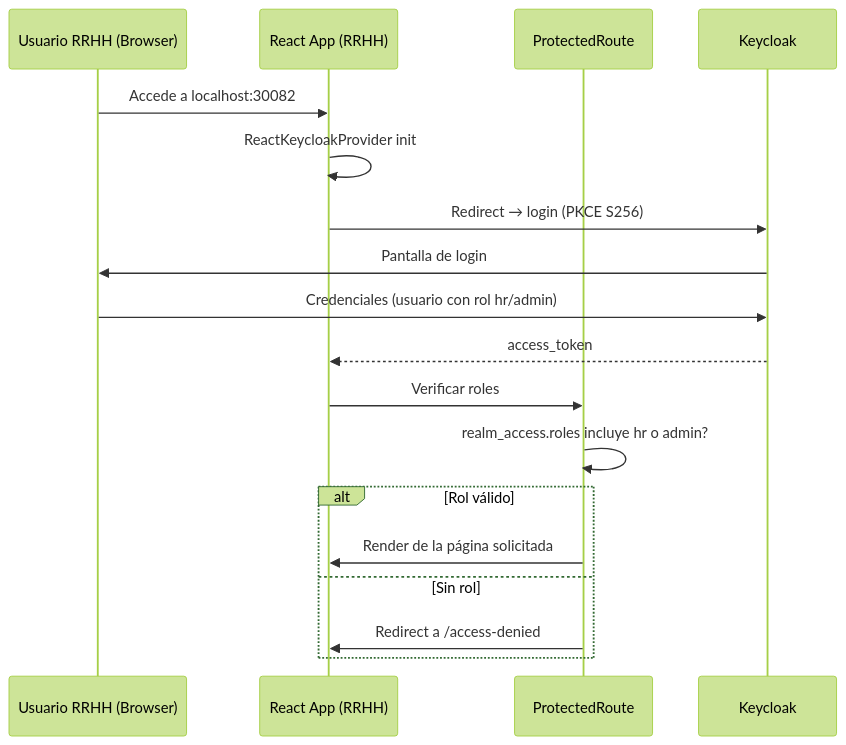
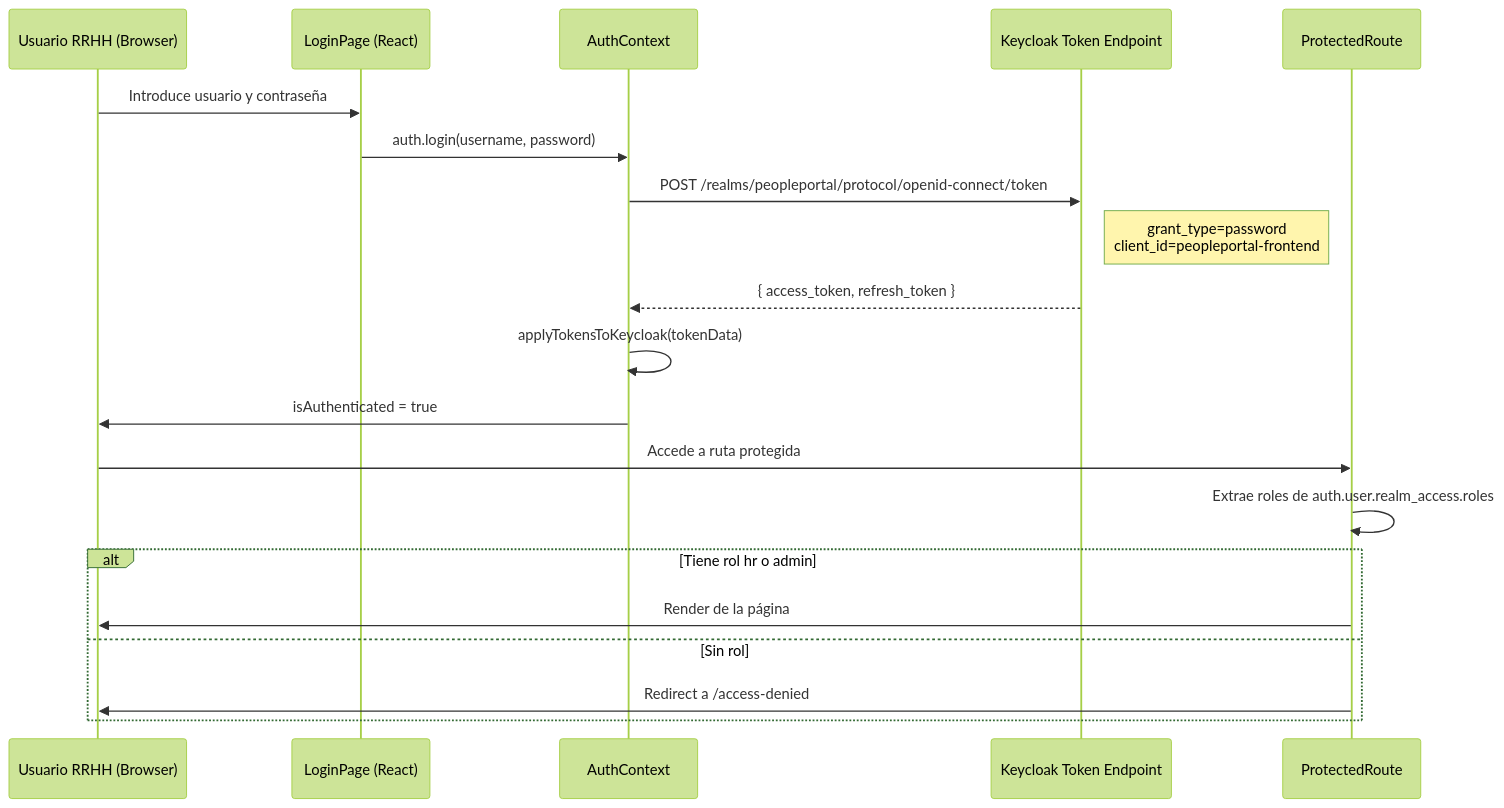
Before and after one commit to bryanjosue17/PeoplePortal-FrontEnd-RRHH: the diagram in docs/autenticacion.md, drawn with Mermaid (forest theme). The commit also changed other lines of this file and 1 other file, not shown here.

Commit message:
docs: fix merge conflict, update auth docs (PKCE→ROPC), add Nomina+Usuarios modules, GHCR deploy

````diff
--- a/docs/autenticacion.md
+++ b/docs/autenticacion.md
@@ -5,21 +7,23 @@
 ```mermaid
 sequenceDiagram
     participant U as Usuario RRHH (Browser)
-    participant App as React App (RRHH)
+    participant Login as LoginPage (React)
+    participant Auth as AuthContext
+    participant KC as Keycloak Token Endpoint
     participant PR as ProtectedRoute
-    participant KC as Keycloak
 
-    U->>App: Accede a localhost:30082
-    App->>App: ReactKeycloakProvider init
-    App->>KC: Redirect → login (PKCE S256)
-    KC->>U: Pantalla de login
-    U->>KC: Credenciales (usuario con rol hr/admin)
-    KC-->>App: access_token
-    App->>PR: Verificar roles
-    PR->>PR: realm_access.roles incluye hr o admin?
-    alt Rol válido
-        PR->>App: Render de la página solicitada
+    U->>Login: Introduce usuario y contraseña
+    Login->>Auth: auth.login(username, password)
+    Auth->>KC: POST /realms/peopleportal/protocol/openid-connect/token
+    Note right of KC: grant_type=password<br/>client_id=peopleportal-frontend
+    KC-->>Auth: { access_token, refresh_token }
+    Auth->>Auth: applyTokensToKeycloak(tokenData)
+    Auth->>U: isAuthenticated = true
+    U->>PR: Accede a ruta protegida
+    PR->>PR: Extrae roles de auth.user.realm_access.roles
+    alt Tiene rol hr o admin
+        PR->>U: Render de la página
     else Sin rol
-        PR->>App: Redirect a /access-denied
+        PR->>U: Redirect a /access-denied
     end
 ```
````
